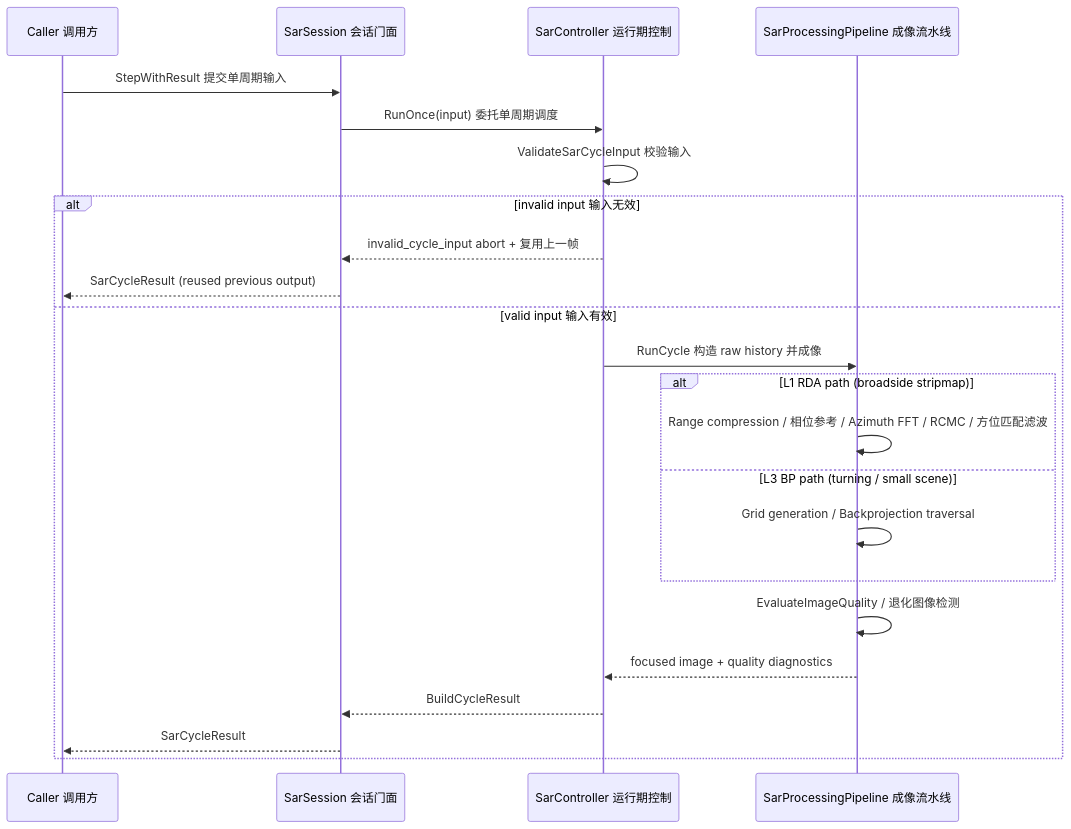
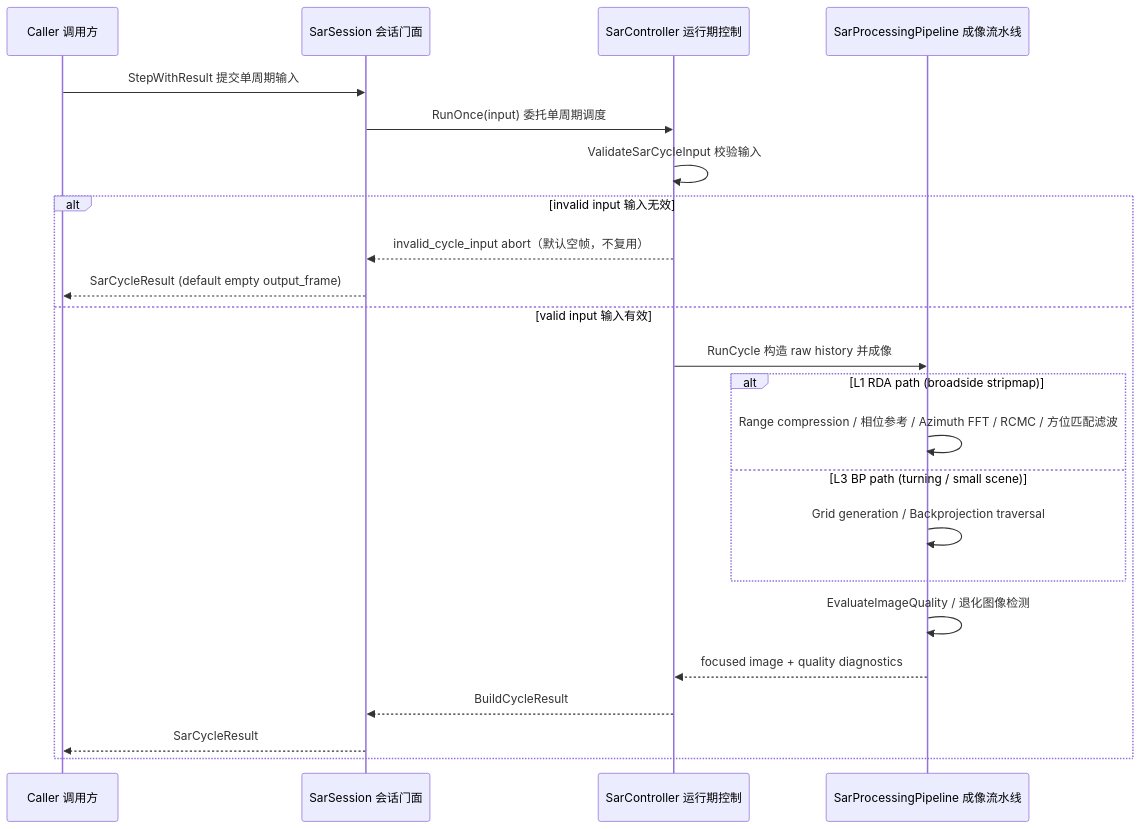
Before and after one commit to boilwater-3/1q: the second of 4 diagrams in docs/sar/data-flow.md, drawn with Mermaid. The commit also changed 104 other files, not shown here.

````diff
--- a/docs/sar/data-flow.md
+++ b/docs/sar/data-flow.md
@@ -99,26 +99,26 @@
 ```mermaid
 sequenceDiagram
   participant Caller as Caller 调用方
   participant Session as SarSession 会话门面
   participant Controller as SarController 运行期控制
   participant Pipeline as SarProcessingPipeline 成像流水线
 
   Caller->>Session: StepWithResult 提交单周期输入
   Session->>Controller: RunOnce(input) 委托单周期调度
   Controller->>Controller: ValidateSarCycleInput 校验输入
   alt invalid input 输入无效
-    Controller-->>Session: invalid_cycle_input abort + 复用上一帧
-    Session-->>Caller: SarCycleResult (reused previous output)
+    Controller-->>Session: invalid_cycle_input abort（默认空帧，不复用）
+    Session-->>Caller: SarCycleResult (default empty output_frame)
   else valid input 输入有效
     Controller->>Pipeline: RunCycle 构造 raw history 并成像
     alt L1 RDA path (broadside stripmap)
       Pipeline->>Pipeline: Range compression / 相位参考 / Azimuth FFT / RCMC / 方位匹配滤波
     else L3 BP path (turning / small scene)
       Pipeline->>Pipeline: Grid generation / Backprojection traversal
     end
     Pipeline->>Pipeline: EvaluateImageQuality / 退化图像检测
     Pipeline-->>Controller: focused image + quality diagnostics
     Controller-->>Session: BuildCycleResult
     Session-->>Caller: SarCycleResult
   end
 ```
````
